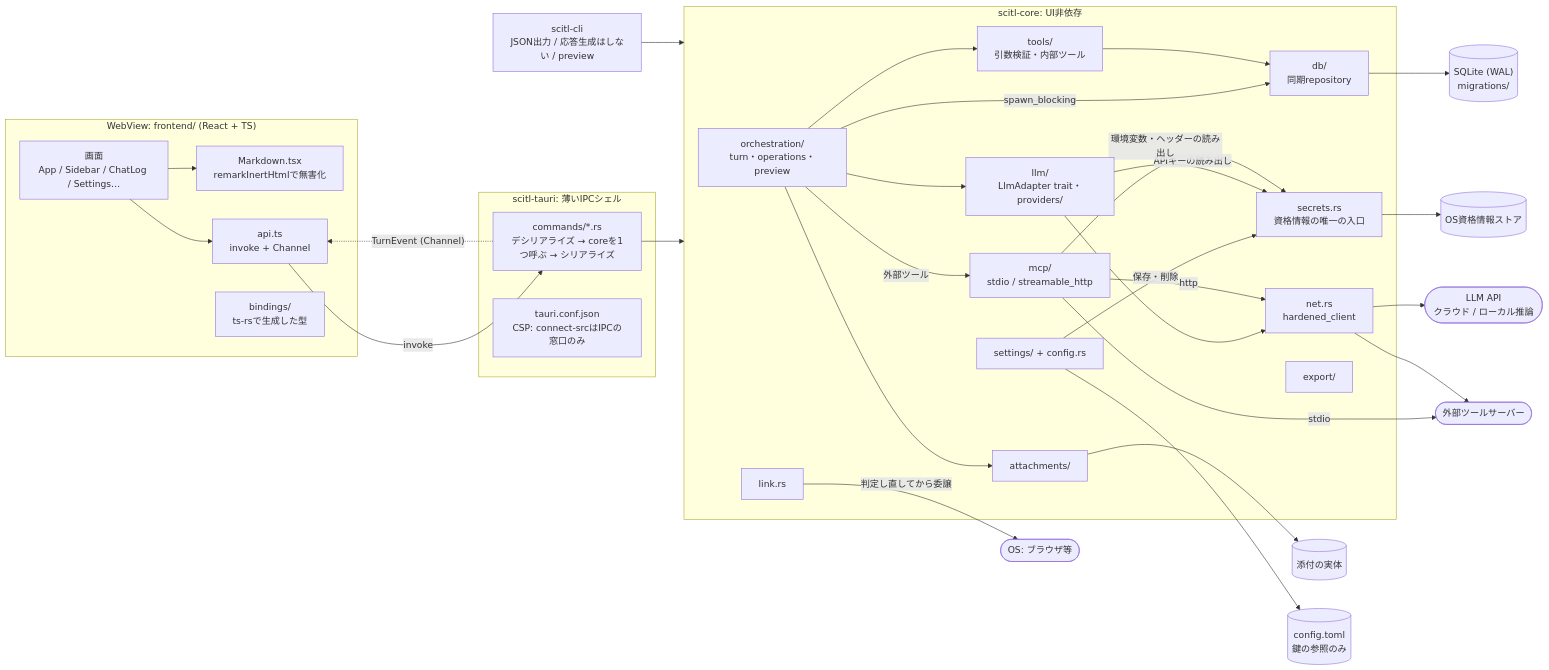
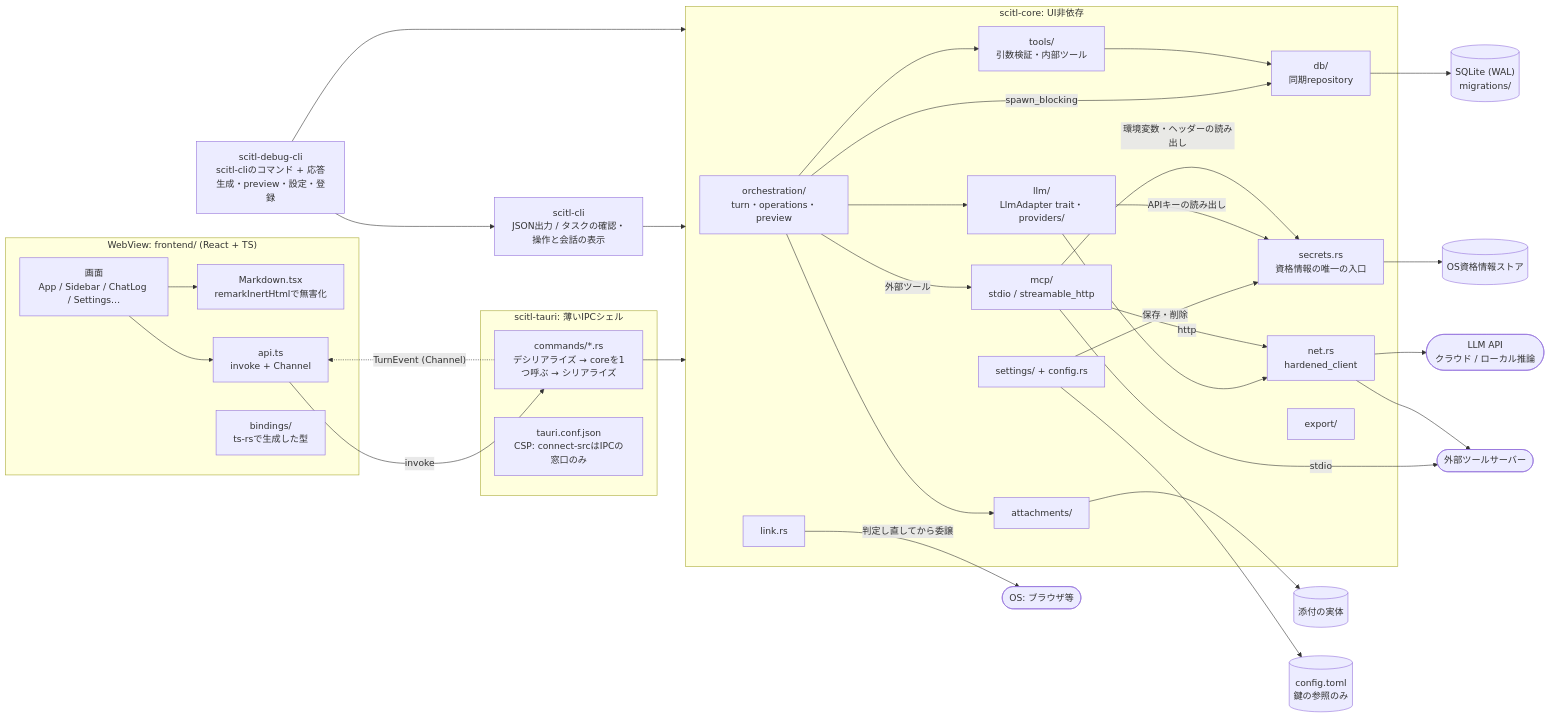
The first of 3 diagrams in docs/architecture-overview.md (Hue-215/SCITL), drawn with Mermaid before and after one commit. The commit also changed 3 other files, not shown here.

````diff
--- a/docs/architecture-overview.md
+++ b/docs/architecture-overview.md
@@ -14,65 +14,68 @@
 ```mermaid
 flowchart LR
   subgraph WV["WebView: frontend/ (React + TS)"]
     UI["画面<br/>App / Sidebar / ChatLog / Settings…"]
     MD["Markdown.tsx<br/>remarkInertHtmlで無害化"]
     API["api.ts<br/>invoke + Channel"]
     BIND["bindings/<br/>ts-rsで生成した型"]
   end
 
   subgraph TA["scitl-tauri: 薄いIPCシェル"]
     CMD["commands/*.rs<br/>デシリアライズ → coreを1つ呼ぶ → シリアライズ"]
     CONF["tauri.conf.json<br/>CSP: connect-srcはIPCの窓口のみ"]
   end
 
-  CLI["scitl-cli<br/>JSON出力 / 応答生成はしない / preview"]
+  CLI["scitl-cli<br/>JSON出力 / タスクの確認・操作と会話の表示"]
+  DBG["scitl-debug-cli<br/>scitl-cliのコマンド + 応答生成・preview・設定・登録"]
 
   subgraph CORE["scitl-core: UI非依存"]
     ORCH["orchestration/<br/>turn・operations・preview"]
     TOOLS["tools/<br/>引数検証・内部ツール"]
     LLM["llm/<br/>LlmAdapter trait・providers/"]
     MCP["mcp/<br/>stdio / streamable_http"]
     DB["db/<br/>同期repository"]
     ATT["attachments/"]
     SET["settings/ + config.rs"]
     SEC["secrets.rs<br/>資格情報の唯一の入口"]
     NET["net.rs<br/>hardened_client"]
     LINK["link.rs"]
     EXP["export/"]
   end
 
   SQLITE[("SQLite (WAL)<br/>migrations/")]
   FILES[("添付の実体")]
   TOML[("config.toml<br/>鍵の参照のみ")]
   KEYRING[("OS資格情報ストア")]
   LLMAPI(["LLM API<br/>クラウド / ローカル推論"])
   MCPS(["外部ツールサーバー"])
   OS(["OS: ブラウザ等"])
 
   UI --> MD
   UI --> API
   API -- invoke --> CMD
   CMD -. "TurnEvent (Channel)" .-> API
   CMD --> CORE
   CLI --> CORE
+  DBG --> CLI
+  DBG --> CORE
 
   ORCH --> LLM
   ORCH --> TOOLS
   ORCH -- spawn_blocking --> DB
   ORCH --> ATT
   TOOLS --> DB
   ORCH -- 外部ツール --> MCP
   SET -- 保存・削除 --> SEC
   LLM -- APIキーの読み出し --> SEC
   MCP -- 環境変数・ヘッダーの読み出し --> SEC
   SET --> TOML
   LLM --> NET
   MCP -- http --> NET
   MCP -- stdio --> MCPS
   NET --> LLMAPI
   NET --> MCPS
   SEC --> KEYRING
   DB --> SQLITE
   ATT --> FILES
   LINK -- 判定し直してから委譲 --> OS
 ```
````
